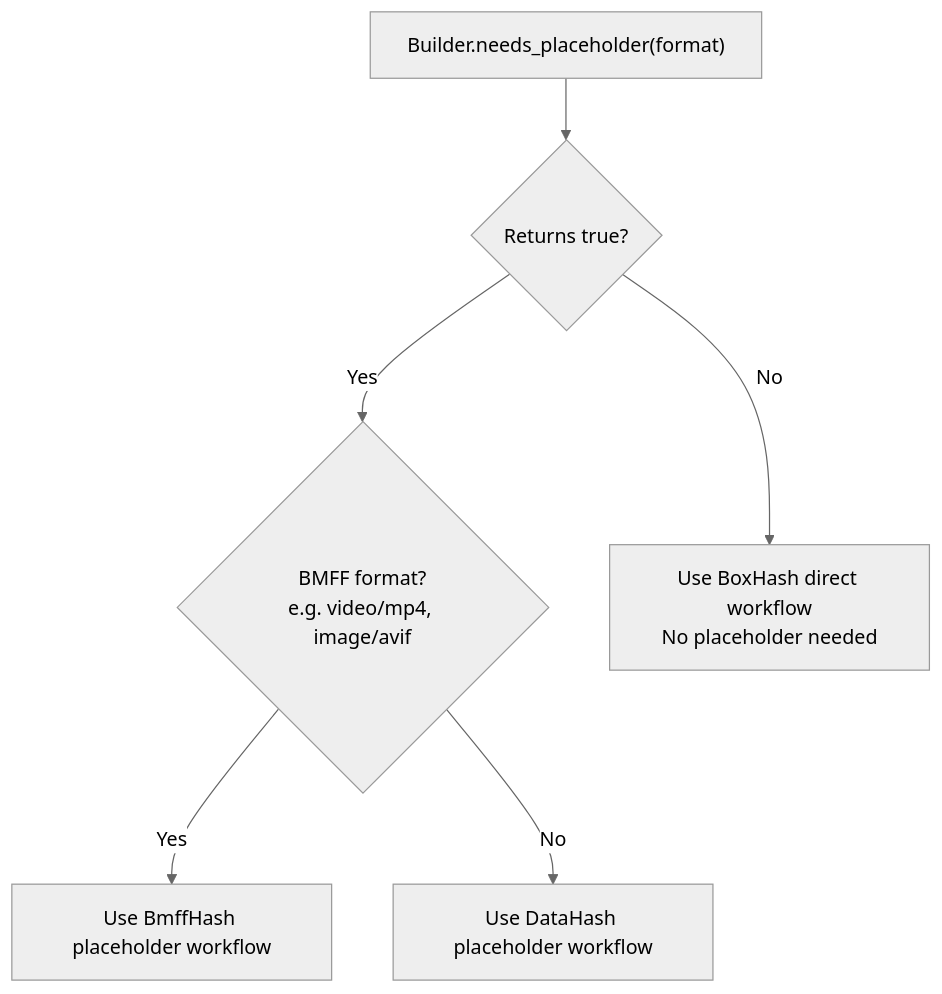
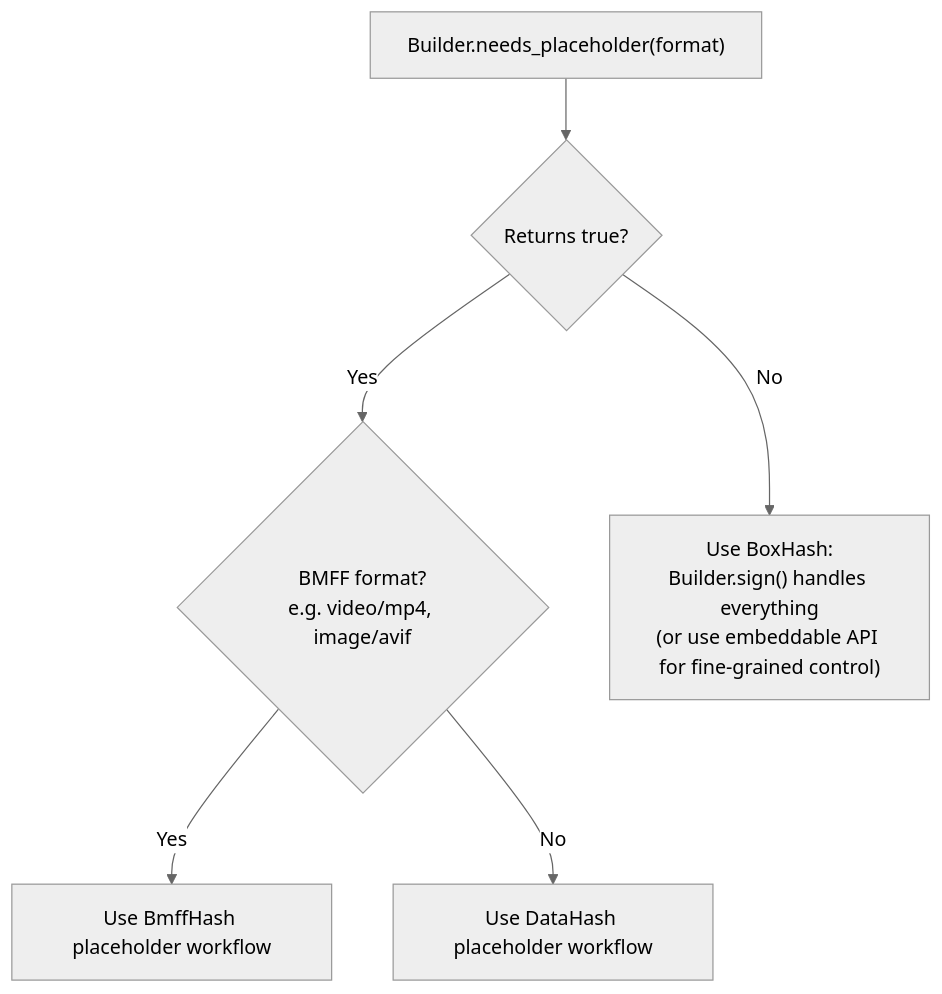
Before and after one commit to contentauth/c2pa-c: the first of 8 diagrams in docs/embeddable-api.md, drawn with Mermaid (neutral theme). The commit also changed other lines of this file and 1 other file, not shown here.

````diff
--- a/docs/embeddable-api.md
+++ b/docs/embeddable-api.md
@@ -48,8 +48,8 @@
 ```mermaid
 flowchart TD
     Start["Builder.needs_placeholder(format)"] --> Check{Returns true?}
     Check -->|Yes| IsBmff{BMFF format?<br/>e.g. video/mp4, image/avif}
     IsBmff -->|Yes| BmffWorkflow["Use BmffHash placeholder workflow"]
     IsBmff -->|No| DataHashWorkflow["Use DataHash placeholder workflow"]
-    Check -->|No| BoxHashWorkflow["Use BoxHash direct workflow<br/>No placeholder needed"]
+    Check -->|No| BoxHashWorkflow["Use BoxHash:<br/>Builder.sign() handles everything<br/>(or use embeddable API for fine-grained control)"]
 ```
````
